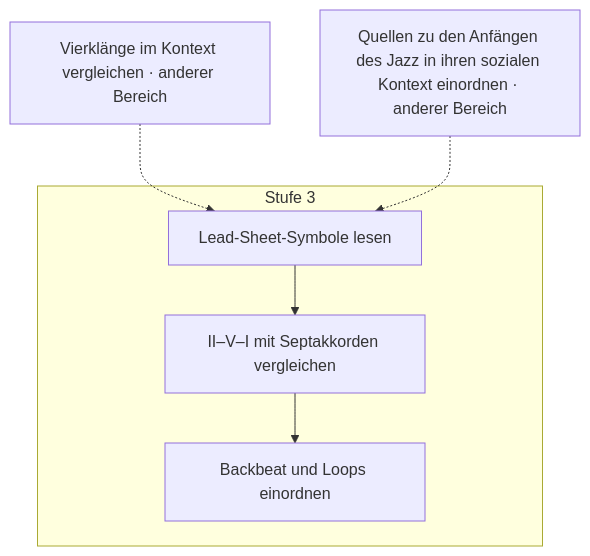
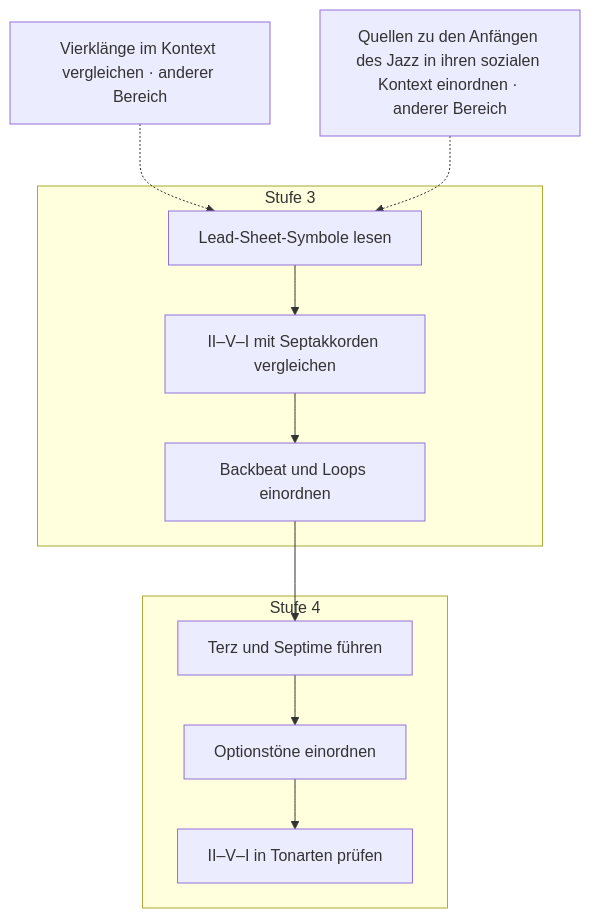
Diagram 13 of 16 in docs/plan/faehigkeitsgraph-diagramme.md (PhiFa96/harmonia), drawn with Mermaid before and after one commit. The commit also changed other lines of this file and 41 other files, not shown here.

````diff
--- a/docs/plan/faehigkeitsgraph-diagramme.md
+++ b/docs/plan/faehigkeitsgraph-diagramme.md
@@ -761,14 +902,22 @@
 ```mermaid
 flowchart TD
   subgraph level3["Stufe 3"]
     s120["Lead-Sheet-Symbole lesen"]
     s121["II–V–I mit Septakkorden vergleichen"]
     s122["Backbeat und Loops einordnen"]
   end
+  subgraph level4["Stufe 4"]
+    s150["Terz und Septime führen"]
+    s151["Optionstöne einordnen"]
+    s152["II–V–I in Tonarten prüfen"]
+  end
   s95["Vierklänge im Kontext vergleichen · anderer Bereich"]
   s87["Quellen zu den Anfängen des Jazz in ihren sozialen Kontext einordnen · anderer Bereich"]
   s95 -.-> s120
   s87 -.-> s120
   s120 --> s121
   s121 --> s122
+  s122 --> s150
+  s150 --> s151
+  s151 --> s152
 ```
````
